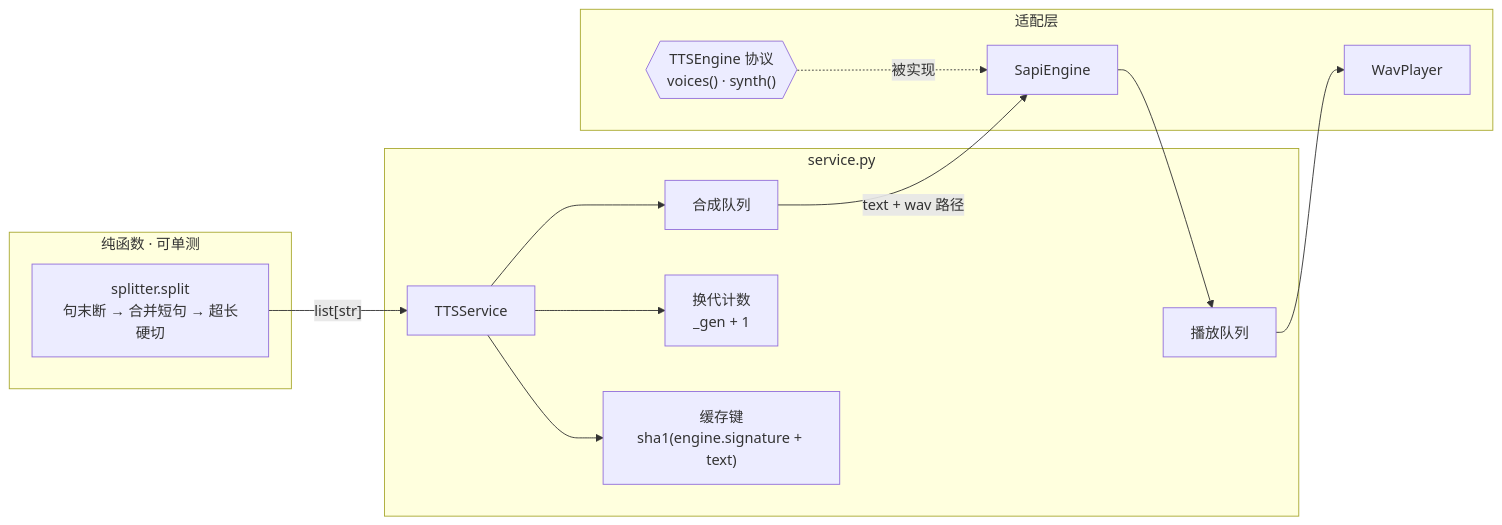
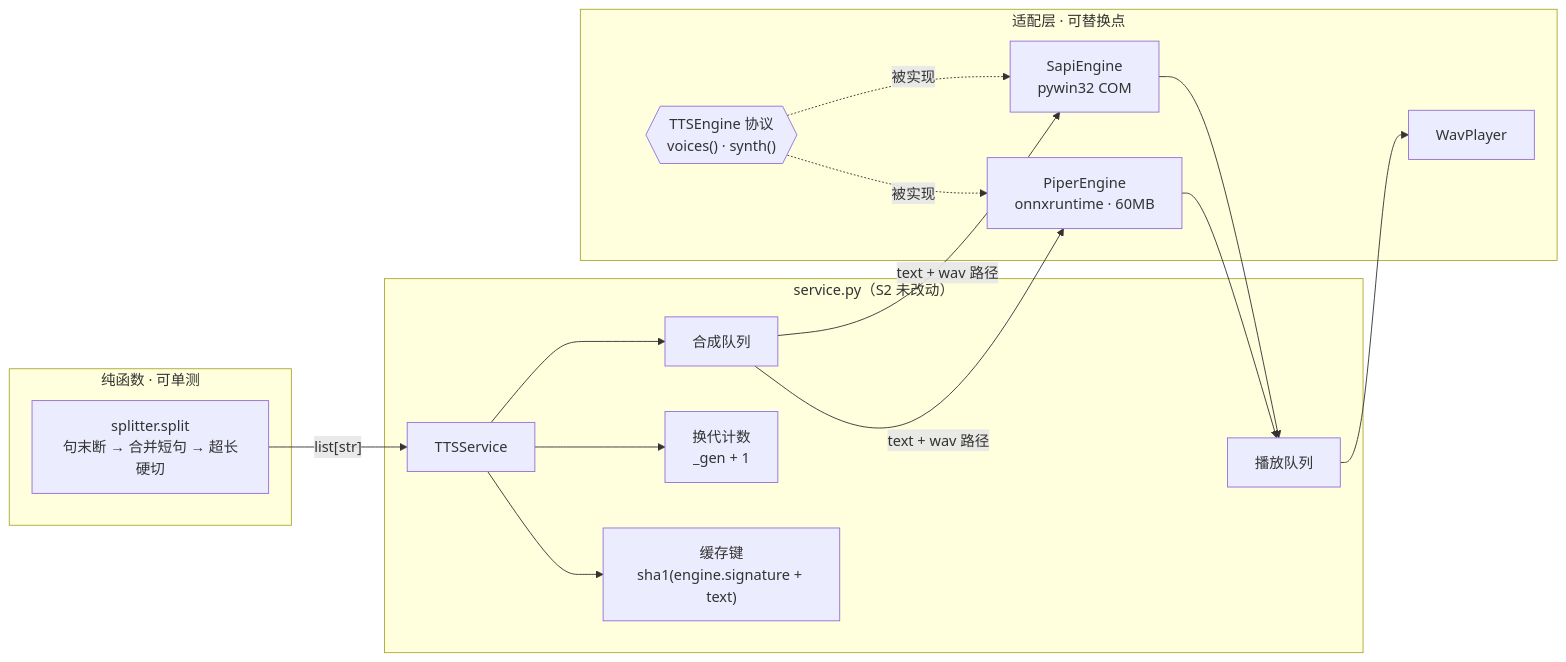
The third of 3 diagrams in tts/README.md (DongyueHAN/VoxDesk), drawn with Mermaid before and after one commit. The commit also changed other lines of this file and 8 other files, not shown here.

First line of the commit message:
feat(tts): S2 接入 Piper，service.py 零改动 [v0.3.0] @ 2026-11-05T00:35+08:00

````diff
--- a/tts/README.md
+++ b/tts/README.md
@@ -83,28 +92,32 @@
 ```mermaid
-%% diagram: C3-07 TTS 切片组件（已实现） | updated: 2026-11-04
+%% diagram: C3-07 TTS 切片组件（已实现） | updated: 2026-11-05
 flowchart LR
     subgraph PURE["纯函数 · 可单测"]
         SPL["splitter.split<br/>句末断 → 合并短句 → 超长硬切"]
     end
-    subgraph SERVICE["service.py"]
+    subgraph SERVICE["service.py（S2 未改动）"]
         SVC["TTSService"]
         Q1["合成队列"]
         Q2["播放队列"]
         GEN["换代计数<br/>_gen + 1"]
         KEY["缓存键<br/>sha1(engine.signature + text)"]
     end
-    subgraph ADAPTER["适配层"]
+    subgraph ADAPTER["适配层 · 可替换点"]
         ENG{{"TTSEngine 协议<br/>voices() · synth()"}}
-        SAPI_E["SapiEngine"]
+        SAPI_E["SapiEngine<br/>pywin32 COM"]
+        PIPE_E["PiperEngine<br/>onnxruntime · 60MB"]
         PLY["WavPlayer"]
     end
 
     SPL -->|"list[str]"| SVC
     SVC --> GEN
     SVC --> KEY
     SVC --> Q1
     Q1 -->|"text + wav 路径"| SAPI_E
+    Q1 -->|"text + wav 路径"| PIPE_E
     SAPI_E --> Q2
+    PIPE_E --> Q2
     Q2 --> PLY
     ENG -.->|"被实现"| SAPI_E
+    ENG -.->|"被实现"| PIPE_E
 ```
````
